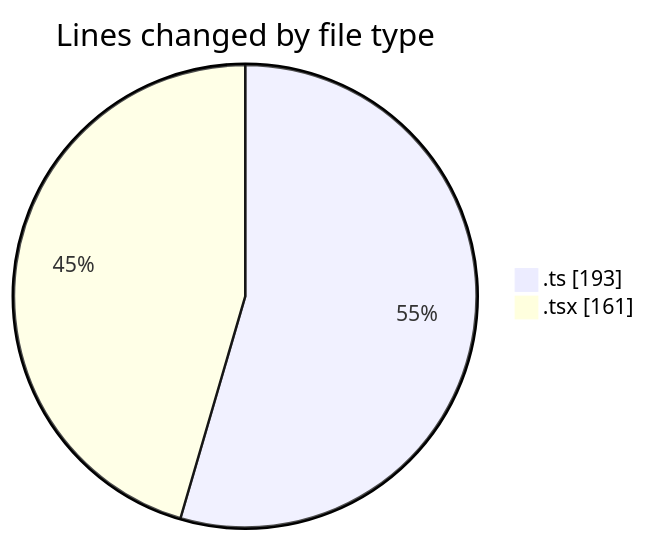
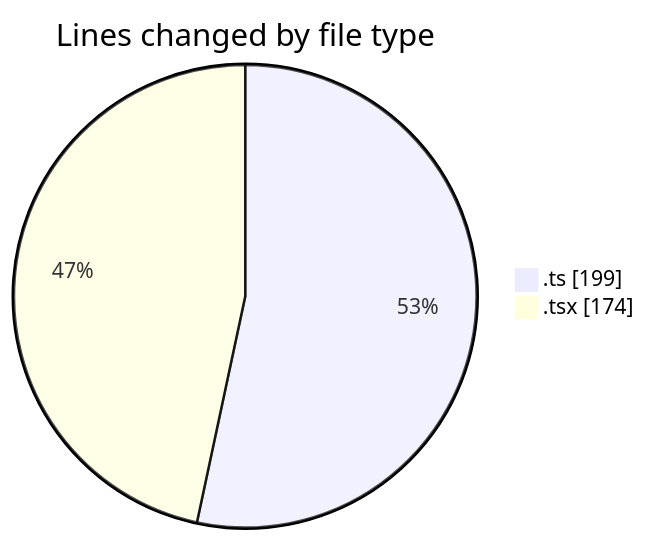
The first of 2 diagrams in 2025-10-28/eventscop-frontend-guide__workspace_/README.md (julien-gomy/code-tracking), drawn with Mermaid before and after one commit. The commit also changed other lines of this file and 1 other file, not shown here.

````diff
--- a/2025-10-28/eventscop-frontend-guide__workspace_/README.md
+++ b/2025-10-28/eventscop-frontend-guide__workspace_/README.md
@@ -27,6 +27,6 @@
 ```mermaid
 pie showData
 title Lines changed by file type
-".ts" : 193
-".tsx" : 161
+".ts" : 199
+".tsx" : 174
 ```
````
